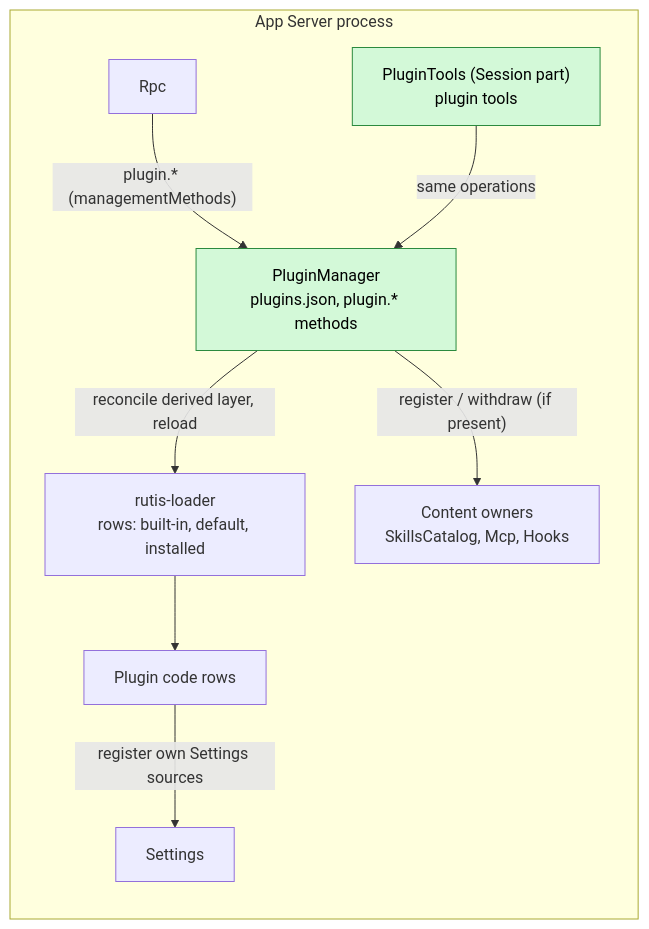
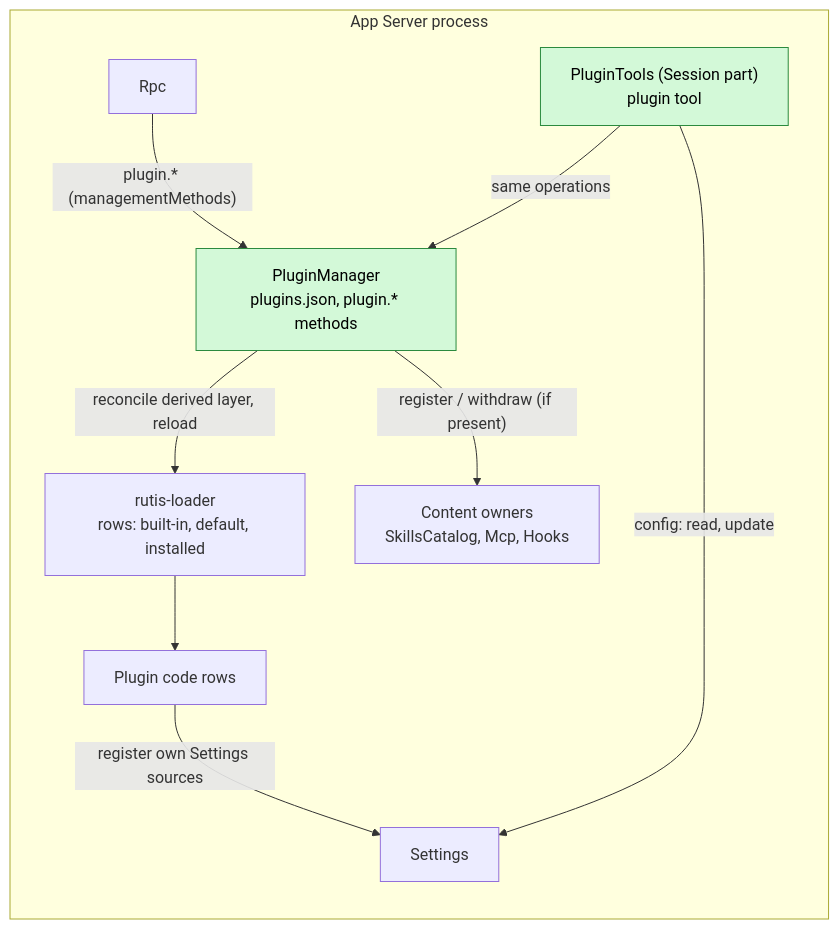
Before and after one commit to CoutinhoTTS/dim-agent: the diagram in docs/design/plugins/PluginManager.md, drawn with Mermaid. The commit also changed other lines of this file and 1 other file, not shown here.

First line of the commit message:
docs(plugins): one command-routed plugin tool and the authoring skill

````diff
--- a/docs/design/plugins/PluginManager.md
+++ b/docs/design/plugins/PluginManager.md
@@ -26,19 +26,20 @@
 ```mermaid
 flowchart LR
   subgraph AS["App Server process"]
     PM["PluginManager<br/>plugins.json, plugin.* methods"]:::new
     LOADER["rutis-loader<br/>rows: built-in, default, installed"]
     RPC["Rpc"]
     OWN["Content owners<br/>SkillsCatalog, Mcp, Hooks"]
     SET["Settings"]
     CODE["Plugin code rows"]
-    PT["PluginTools (Session part)<br/>plugin tools"]:::new
+    PT["PluginTools (Session part)<br/>plugin tool"]:::new
   end
   RPC -->|"plugin.* (managementMethods)"| PM
   PM -->|"reconcile derived layer, reload"| LOADER
   LOADER --> CODE
   PM -->|"register / withdraw (if present)"| OWN
   CODE -->|"register own Settings sources"| SET
   PT -->|"same operations"| PM
+  PT -->|"config: read, update"| SET
   classDef new fill:#d3f9d8,stroke:#2b8a3e,color:#000
 ```
````
